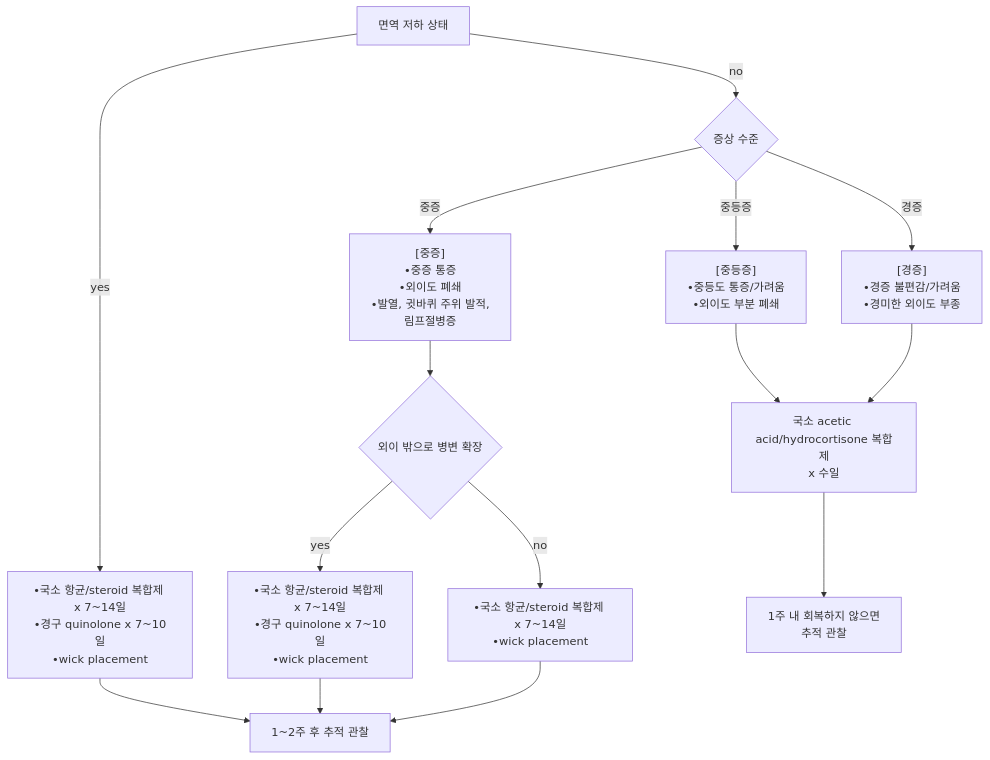
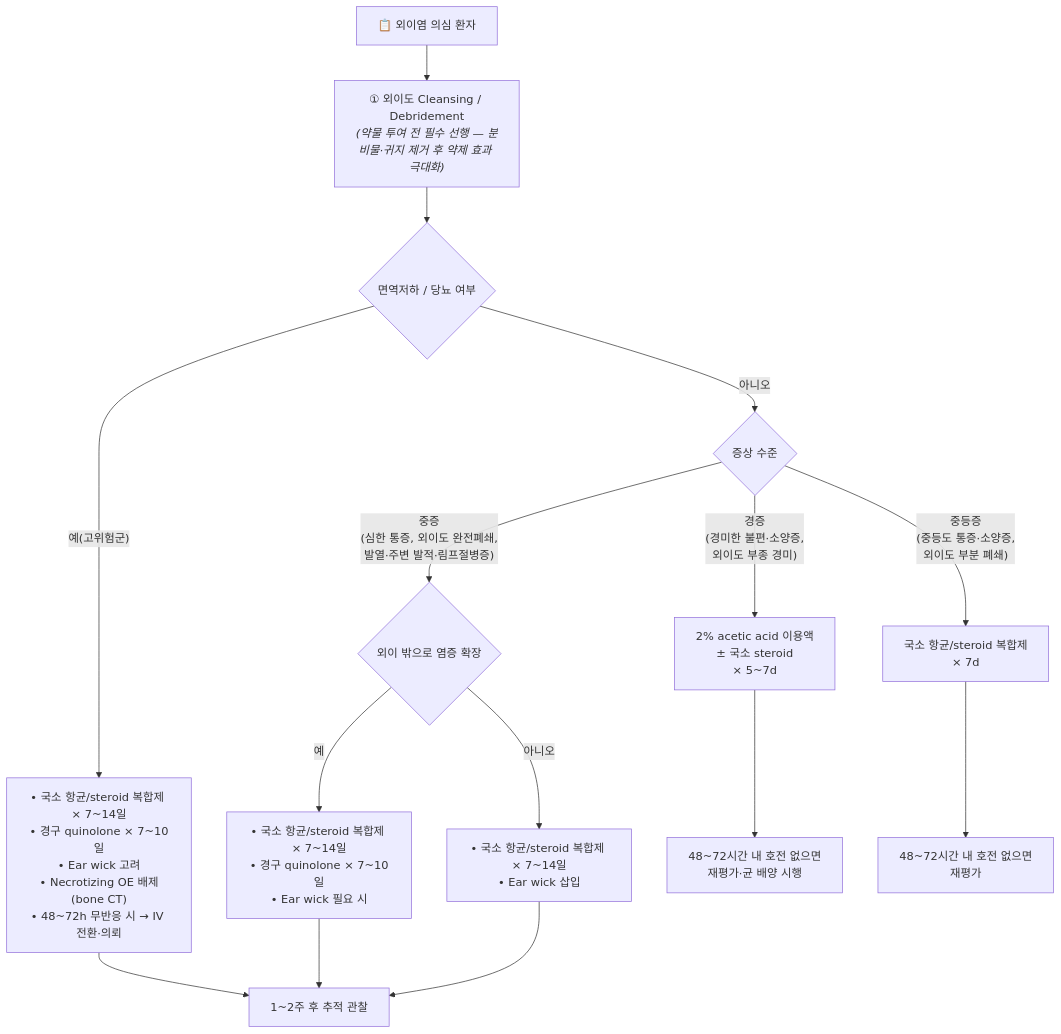
Before and after one commit to familyoh77/familyoh77: the diagram in 222_/047_-otitis-externa-oe.md, drawn with Mermaid. The commit also changed other lines of this file and 1 other file, not shown here.

````diff
--- a/222_/047_-otitis-externa-oe.md
+++ b/222_/047_-otitis-externa-oe.md
@@ -170,28 +199,24 @@
 ```mermaid
 graph TD
-    A[면역 저하 상태] -- yes --> B["•국소 항균/steroid 복합제 x 7~14일<br/>•경구 quinolone x 7~10일<br/>•wick placement"]
+    START["📋 외이염 의심 환자"] --> CLEAN["① 외이도 Cleansing / Debridement<br/><i>(약물 투여 전 필수 선행 — 분비물·귀지 제거 후 약제 효과 극대화)</i>"]
+    CLEAN --> A
+
+    A{면역저하 / 당뇨 여부} -- "예(고위험군)" --> B["• 국소 항균/steroid 복합제 × 7~14일<br/>• 경구 quinolone × 7~10일<br/>• Ear wick 고려<br/>• Necrotizing OE 배제(bone CT)<br/>• 48~72h 무반응 시 → IV 전환·의뢰"]
     
-    A -- no --> C{증상 수준}    
+    A -- "아니오" --> C{증상 수준}
 
-    C -- 중등증 --> D["[중등증]<br/>•중등도 통증/가려움<br/>•외이도 부분 폐쇄"]
+    C -- "경증<br/>(경미한 불편·소양증,<br/>외이도 부종 경미)" --> D["2% acetic acid 이용액<br/>± 국소 steroid<br/>× 5~7d"]
     
-    C -- 경증 --> E["[경증]<br/>•경증 불편감/가려움<br/>•경미한 외이도 부종"]
+    C -- "중등증<br/>(중등도 통증·소양증,<br/>외이도 부분 폐쇄)" --> E["국소 항균/steroid 복합제<br/>× 7d"]
     
-    C -- 중증 --> F["[중증]<br/>•중증 통증<br/>•외이도 폐쇄<br/>•발열, 귓바퀴 주위 발적, 
-    림프절병증"]
+    C -- "중증<br/>(심한 통증, 외이도 완전폐쇄,<br/>발열·주변 발적·림프절병증)" --> F{외이 밖으로 염증 확장}
     
-    D --> G["국소 acetic acid/hydrocortisone 복합제<br/>x 수일"]
-    E --> G
-    
-    F --> H{외이 밖으로 병변 확장}
-    
-    H -- yes --> I["•국소 항균/steroid 복합제 x 7~14일<br/>•경구 quinolone x 7~10일<br/>•wick placement"]
-    
-    H -- no --> J["•국소 항균/steroid 복합제 x 7~14일<br/>•wick placement"]
-    
-    B --> K[1~2주 후 추적 관찰]
-    G --> L[1주 내 회복하지 않으면 
-    추적 관찰]
-    I --> K
-    J --> K
+    F -- "예" --> G["• 국소 항균/steroid 복합제 × 7~14일<br/>• 경구 quinolone × 7~10일<br/>• Ear wick 필요 시"]
+    F -- "아니오" --> H["• 국소 항균/steroid 복합제 × 7~14일<br/>• Ear wick 삽입"]
+
+    D --> I["48~72시간 내 호전 없으면<br/>재평가·균 배양 시행"]
+    E --> J["48~72시간 내 호전 없으면<br/>재평가"]
+    B --> K["1~2주 후 추적 관찰"]
+    G --> K
+    H --> K
 ```
````
